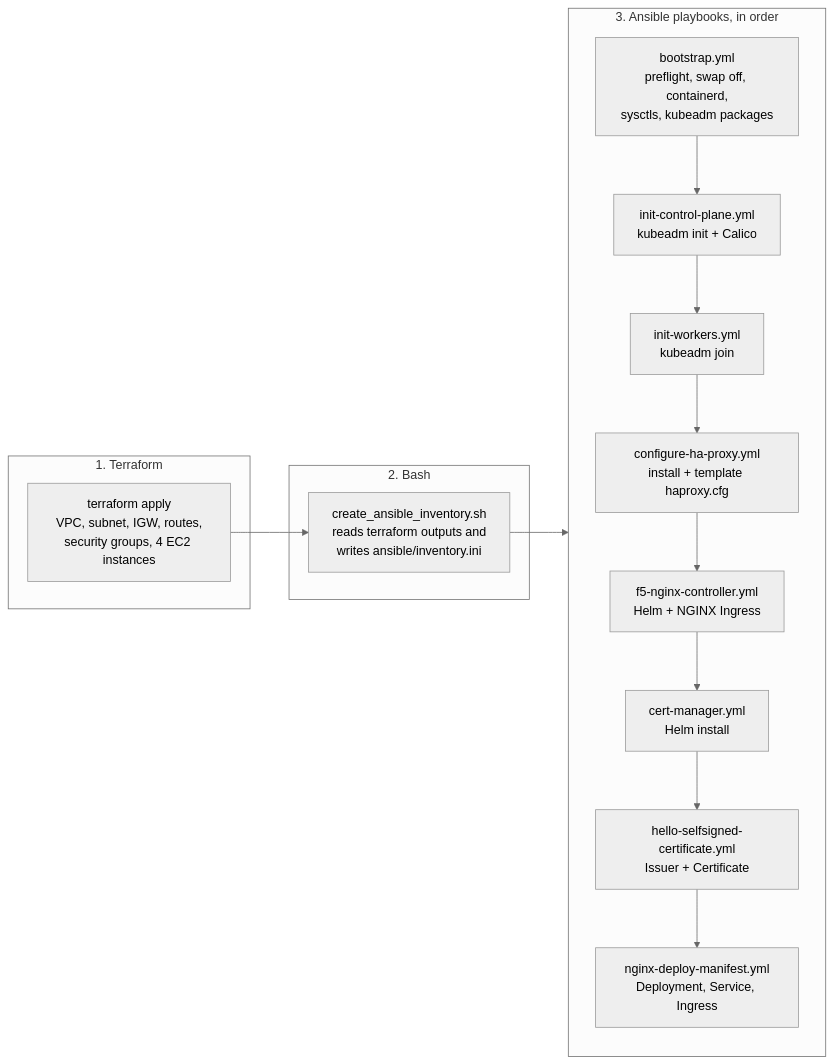
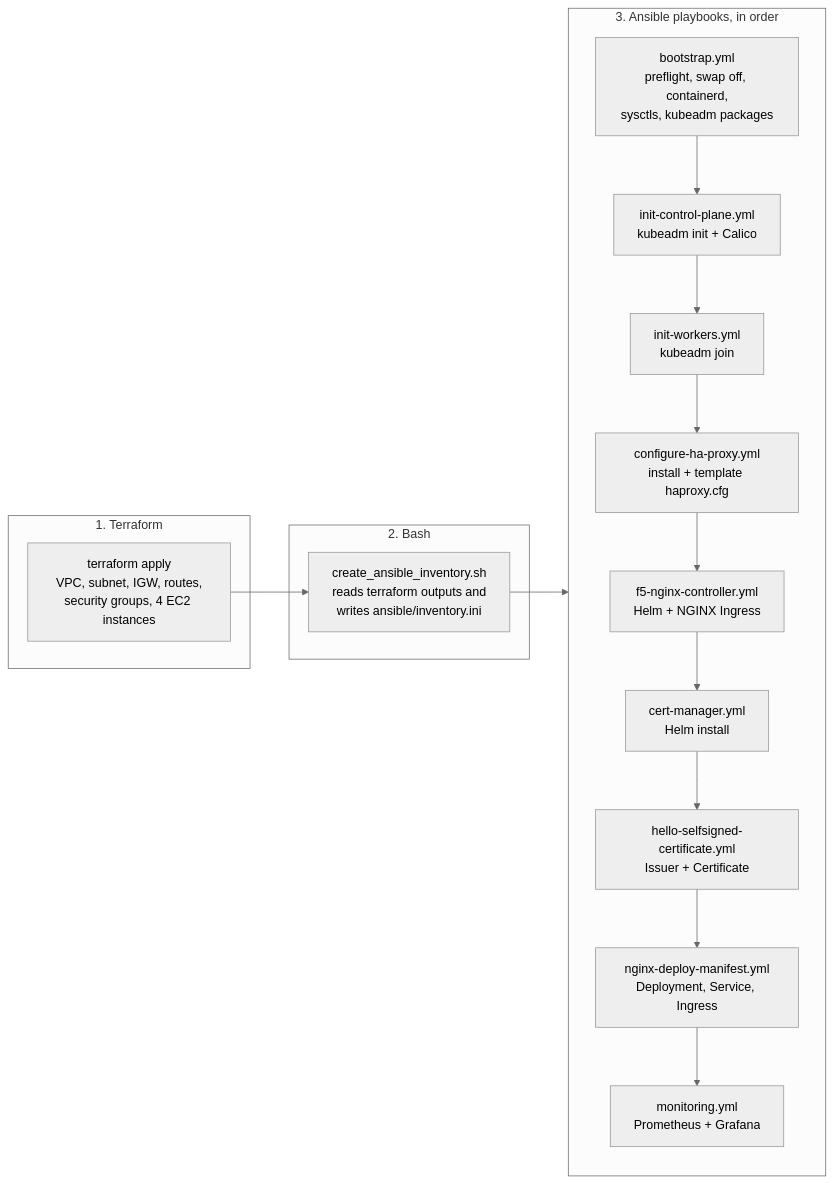
One commit to yasseryasserahmed/OpsPlatform-homelab changed the third of 4 diagrams in README.md. Above: the diagram before and after it, drawn with Mermaid (neutral theme). The commit also changed other lines of this file and 5 other files, not shown here.

Commit message:
feat(Ansible) : monitoring and observability - deploy Prometheus and Grafana kube-prometheuus stack with ansible - expose Grafana through F5 NGINX Ingress with self-signed cert - configure private monitoring services and metrics retention

````diff
--- a/README.md
+++ b/README.md
@@ -120,25 +123,26 @@
 ```mermaid
 flowchart LR
     subgraph tf["1. Terraform"]
         A["terraform apply<br/>VPC, subnet, IGW, routes,<br/>security groups, 4 EC2 instances"]
     end
 
     subgraph sh["2. Bash"]
         B["create_ansible_inventory.sh<br/>reads terraform outputs and<br/>writes ansible/inventory.ini"]
     end
 
     subgraph an["3. Ansible playbooks, in order"]
         direction TB
         C["bootstrap.yml<br/>preflight, swap off, containerd,<br/>sysctls, kubeadm packages"]
         D["init-control-plane.yml<br/>kubeadm init + Calico"]
         E["init-workers.yml<br/>kubeadm join"]
         F["configure-ha-proxy.yml<br/>install + template haproxy.cfg"]
         G["f5-nginx-controller.yml<br/>Helm + NGINX Ingress"]
         H["cert-manager.yml<br/>Helm install"]
         I["hello-selfsigned-certificate.yml<br/>Issuer + Certificate"]
         J["nginx-deploy-manifest.yml<br/>Deployment, Service, Ingress"]
-        C --> D --> E --> F --> G --> H --> I --> J
+        K["monitoring.yml<br/>Prometheus + Grafana"]
+        C --> D --> E --> F --> G --> H --> I --> J --> K
     end
 
     A --> B --> C
 ```
````
